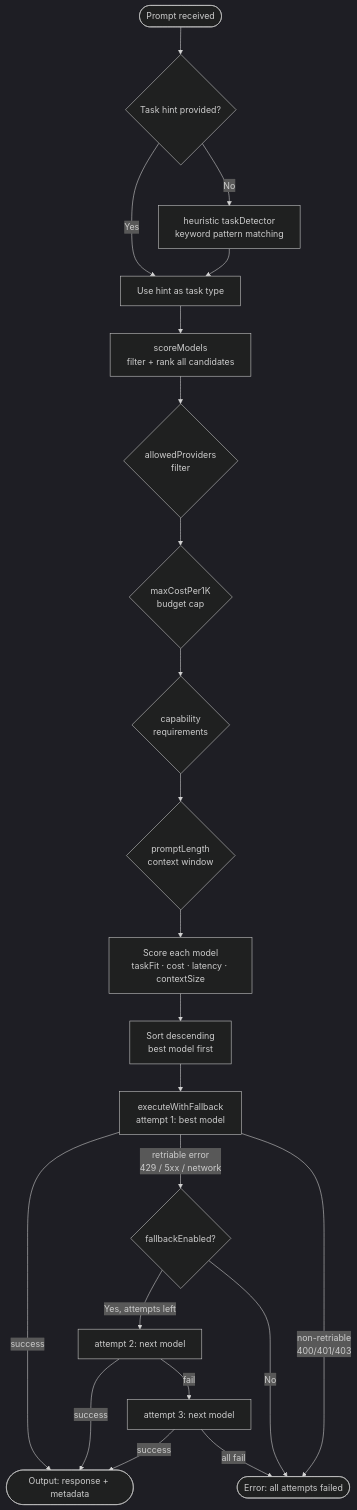
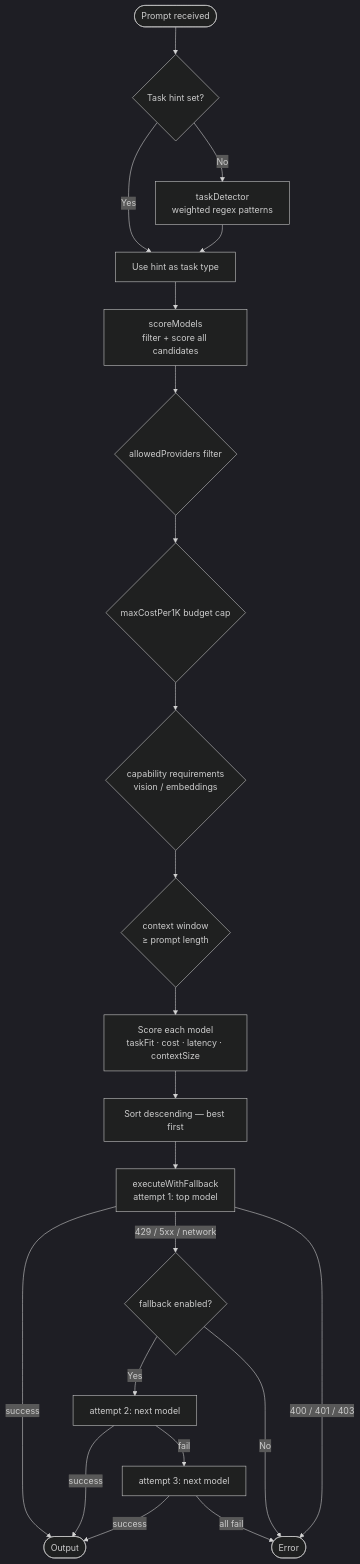
One commit to AuwraCode/N8N-NODES-AI-ROUTER changed the diagram in README.md. Above: the diagram before and after it, drawn with Mermaid (dark theme). The commit also changed other lines of this file and 10 other files, not shown here.

Commit message:
feat: v0.1.6 — system prompt, temperature, dry run, maxOutputTokens, score breakdown

````diff
--- a/README.md
+++ b/README.md
@@ -136,26 +147,26 @@
 ```mermaid
 flowchart TD
-    A([Prompt received]) --> B{Task hint provided?}
+    A([Prompt received]) --> B{Task hint set?}
     B -- Yes --> D[Use hint as task type]
-    B -- No --> C[heuristic taskDetector\nkeyword pattern matching]
+    B -- No --> C[taskDetector\nweighted regex patterns]
     C --> D
-    D --> E[scoreModels\nfilter + rank all candidates]
+    D --> E[scoreModels\nfilter + score all candidates]
 
-    E --> F{allowedProviders\nfilter}
-    F --> G{maxCostPer1K\nbudget cap}
-    G --> H{capability\nrequirements}
-    H --> I{promptLength\ncontext window}
+    E --> F{allowedProviders filter}
+    F --> G{maxCostPer1K budget cap}
+    G --> H{capability requirements\nvision / embeddings}
+    H --> I{context window\n≥ prompt length}
     I --> J[Score each model\ntaskFit · cost · latency · contextSize]
-    J --> K[Sort descending\nbest model first]
+    J --> K[Sort descending — best first]
 
-    K --> L[executeWithFallback\nattempt 1: best model]
-    L -- success --> M([Output: response + metadata])
-    L -- retriable error\n429 / 5xx / network --> N{fallbackEnabled?}
-    N -- Yes, attempts left --> O[attempt 2: next model]
+    K --> L[executeWithFallback\nattempt 1: top model]
+    L -- success --> M([Output])
+    L -- 429 / 5xx / network --> N{fallback enabled?}
+    N -- Yes --> O[attempt 2: next model]
     O -- success --> M
     O -- fail --> P[attempt 3: next model]
     P -- success --> M
-    P -- all fail --> Q([Error: all attempts failed])
+    P -- all fail --> Q([Error])
     N -- No --> Q
-    L -- non-retriable\n400/401/403 --> Q
+    L -- 400 / 401 / 403 --> Q
 ```
````
